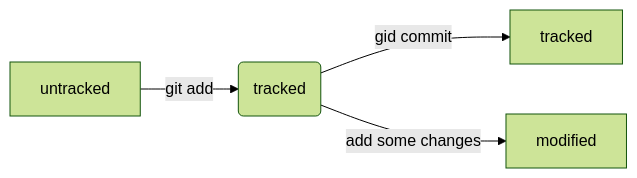
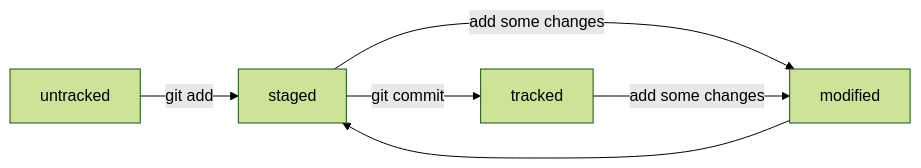
Before and after one commit to alantnv/git-cheat-sheet: the diagram in README.md, drawn with Mermaid (forest theme). The commit also changed other lines of this file, not shown here.

Commit message:
Доработать схему mermaid, скорректировать сообщения для коммитов

````diff
--- a/README.md
+++ b/README.md
@@ -107,6 +107,8 @@
 ```mermaid
 graph LR;
-  untracked --"git add" --> staged(+Tracked);
-  staged -- "gid commit" --> tracked;
-  staged(tracked) --"add some changes" --> modified;
+  untracked --"git add" --> staged;
+  staged -- "git commit" --> tracked;
+  staged --"add some changes" --> modified;
+  tracked --"add some changes" --> modified;
+  modified --> staged;
 ```
````
